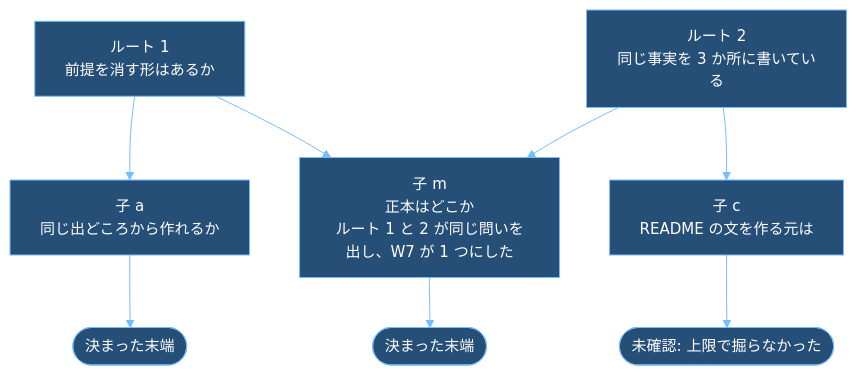
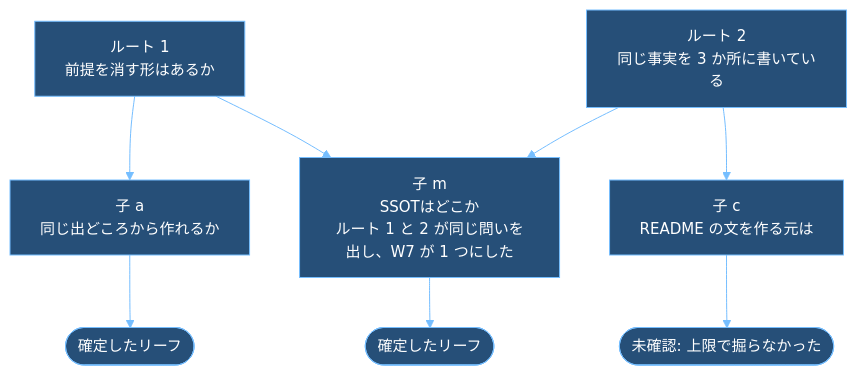
One commit to raiki61/claude-plugins changed the third of 6 diagrams in attention/docs/my-turn-workflow-design.md. Above: the diagram before and after it, drawn with Mermaid. The commit also changed other lines of this file and 2 other files, not shown here.

````diff
--- a/attention/docs/my-turn-workflow-design.md
+++ b/attention/docs/my-turn-workflow-design.md
@@ -204,11 +214,11 @@
 ```mermaid
 %%{init: {"theme":"base","themeVariables":{"darkMode":true,"background":"#1e1e1e","fontSize":"15px","primaryColor":"#264f78","primaryTextColor":"#ffffff","primaryBorderColor":"#75beff","secondaryColor":"#3a3d41","tertiaryColor":"#2d2d30","lineColor":"#75beff","textColor":"#f0f0f0","titleColor":"#ffffff","clusterBkg":"#252526","clusterBorder":"#c8c8c8","edgeLabelBackground":"#3c3c3c","nodeTextColor":"#ffffff","actorBkg":"#264f78","actorBorder":"#75beff","actorTextColor":"#ffffff","actorLineColor":"#c8c8c8","signalColor":"#75beff","signalTextColor":"#f0f0f0","noteBkgColor":"#5c4b00","noteTextColor":"#ffffff","noteBorderColor":"#d7ba7d","labelBoxBkgColor":"#264f78","labelTextColor":"#ffffff","loopTextColor":"#f0f0f0","sequenceNumberColor":"#ffffff"}}}%%
 flowchart TB
   r1["ルート 1<br/>前提を消す形はあるか"] --> a["子 a<br/>同じ出どころから作れるか"]
-  r1 --> m["子 m<br/>正本はどこか<br/>ルート 1 と 2 が同じ問いを出し、W7 が 1 つにした"]
+  r1 --> m["子 m<br/>SSOTはどこか<br/>ルート 1 と 2 が同じ問いを出し、W7 が 1 つにした"]
   r2["ルート 2<br/>同じ事実を 3 か所に書いている"] --> m
   r2 --> c["子 c<br/>README の文を作る元は"]
-  a --> L1(["決まった末端"])
-  m --> L2(["決まった末端"])
+  a --> L1(["確定したリーフ"])
+  m --> L2(["確定したリーフ"])
   c --> U(["未確認: 上限で掘らなかった"])
 ```
````
